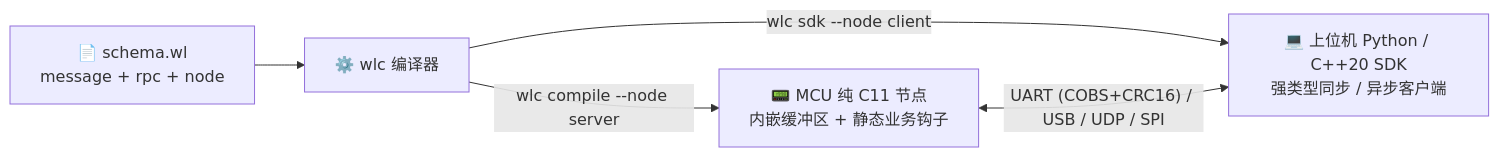
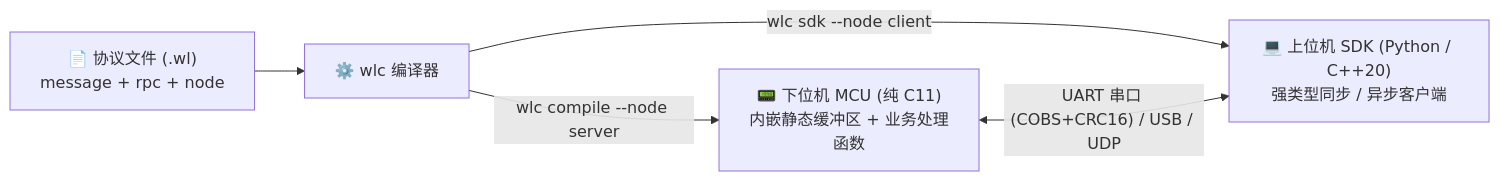
Before and after one commit to starwey604/wirelink: the diagram in site/src/content/docs/zh-cn/index.mdx, drawn with Mermaid. The commit also changed other lines of this file and 14 other files, not shown here.

````diff
--- a/site/src/content/docs/zh-cn/index.mdx
+++ b/site/src/content/docs/zh-cn/index.mdx
@@ -94,7 +94,7 @@
 ```mermaid
 flowchart LR
-  Schema["📄 schema.wl<br/>message + rpc + node"] --> WLC["⚙️ wlc 编译器"]
-  WLC -->|"wlc compile --node server"| MCU["📟 MCU 纯 C11 节点<br/>内嵌缓冲区 + 静态业务钩子"]
-  WLC -->|"wlc sdk --node client"| SDK["💻 上位机 Python / C++20 SDK<br/>强类型同步 / 异步客户端"]
-  MCU <-->|"UART (COBS+CRC16) / USB / UDP / SPI"| SDK
+  Schema["📄 协议文件 (.wl)<br/>message + rpc + node"] --> WLC["⚙️ wlc 编译器"]
+  WLC -->|"wlc compile --node server"| MCU["📟 下位机 MCU (纯 C11)<br/>内嵌静态缓冲区 + 业务处理函数"]
+  WLC -->|"wlc sdk --node client"| SDK["💻 上位机 SDK (Python / C++20)<br/>强类型同步 / 异步客户端"]
+  MCU <-->|"UART 串口 (COBS+CRC16) / USB / UDP"| SDK
 ```
````
